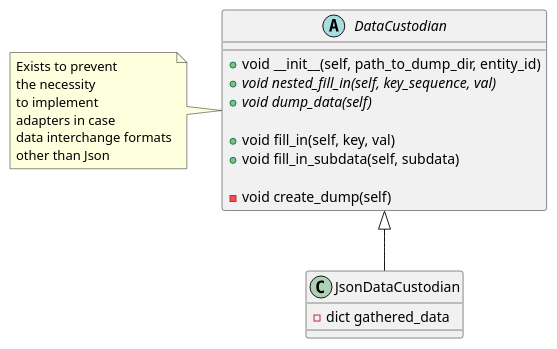
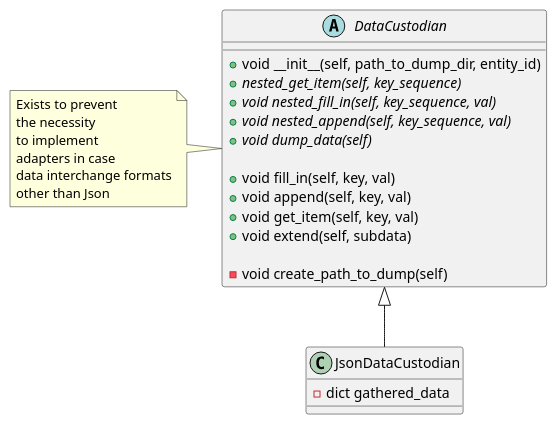
The diagram in Interface/CmdLineIF/DataCustodian/Class_DataCustodian.puml (IgorZhiltsoff/TPy_project), drawn with PlantUML before and after one commit. The commit also changed 2 other files, not shown here.

Commit message:
About to get rid of Custodian.extend

```diff
--- a/Interface/CmdLineIF/DataCustodian/Class_DataCustodian.puml
+++ b/Interface/CmdLineIF/DataCustodian/Class_DataCustodian.puml
@@ -1,30 +1,34 @@
 @startuml
 'https://plantuml.com/class-diagram
 
 abstract class DataCustodian {
     +void __init__(self, path_to_dump_dir, entity_id)
+    +{abstract} nested_get_item(self, key_sequence)
     +{abstract} void nested_fill_in(self, key_sequence, val)
+    +{abstract} void nested_append(self, key_sequence, val)
     +{abstract} void dump_data(self)
 
     +void fill_in(self, key, val)
-    +void fill_in_subdata(self, subdata)
+    +void append(self, key, val)
+    +void get_item(self, key, val)
+    +void extend(self, subdata)
 
-    -void create_dump(self)
+    -void create_path_to_dump(self)
 }
 
 note left of DataCustodian
 Exists to prevent
 the necessity
 to implement
 adapters in case
 data interchange formats
 other than Json
 end note
 
 class JsonDataCustodian {
     -dict gathered_data
 }
 
 DataCustodian <|-- JsonDataCustodian
 
 @enduml
```
